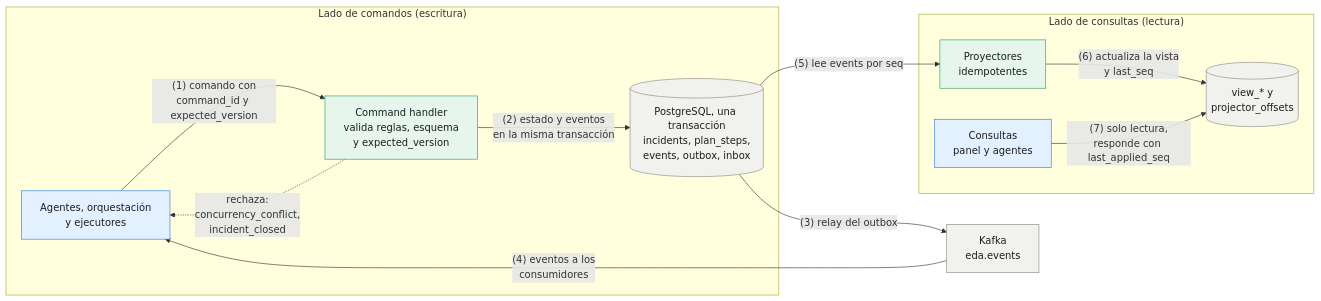
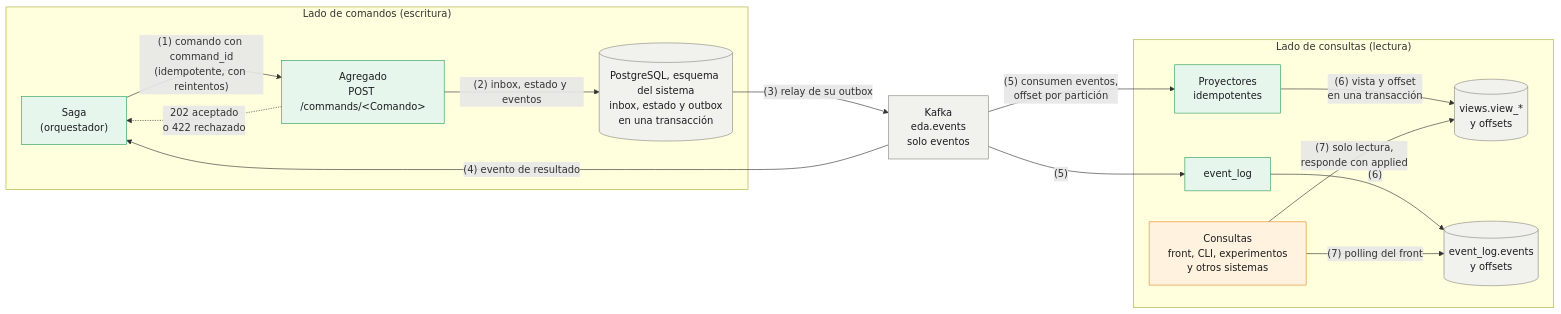
One commit to whinedo/eda-retail changed the fourth of 6 diagrams in docs/guia-poc-eda-incidencias.md. Above: the diagram before and after it, drawn with Mermaid. The commit also changed other lines of this file and 16 other files, not shown here.

````diff
--- a/docs/guia-poc-eda-incidencias.md
+++ b/docs/guia-poc-eda-incidencias.md
@@ -465,28 +544,33 @@
 ```mermaid
 flowchart LR
   subgraph CMD["Lado de comandos (escritura)"]
-    A["Agentes, orquestación<br/>y ejecutores"]
-    CH["Command handler<br/>valida reglas, esquema<br/>y expected_version"]
-    TX[("PostgreSQL, una transacción<br/>incidents, plan_steps,<br/>events, outbox, inbox")]
+    SG["Saga<br/>(orquestador)"]
+    AG["Agregado<br/>POST /commands/#lt;Comando#gt;"]
+    TX[("PostgreSQL, esquema del sistema<br/>inbox, estado y outbox<br/>en una transacción")]
   end
-  K["Kafka<br/>eda.events"]
+  K["Kafka<br/>eda.events<br/>solo eventos"]
   subgraph QRY["Lado de consultas (lectura)"]
     P["Proyectores<br/>idempotentes"]
-    V[("view_* y<br/>projector_offsets")]
-    Q["Consultas<br/>panel y agentes"]
+    V[("views.view_*<br/>y offsets")]
+    EL["event_log"]
+    EV[("event_log.events<br/>y offsets")]
+    Q["Consultas<br/>front, CLI, experimentos<br/>y otros sistemas"]
   end
-  A -- "(1) comando con<br/>command_id y expected_version" --> CH
-  CH -- "(2) estado y eventos<br/>en la misma transacción" --> TX
-  CH -. "rechaza:<br/>concurrency_conflict,<br/>incident_closed" .-> A
-  TX -- "(3) relay del outbox" --> K
-  K -- "(4) eventos a los<br/>consumidores" --> A
-  TX -- "(5) lee events por seq" --> P
-  P -- "(6) actualiza la vista<br/>y last_seq" --> V
-  Q -- "(7) solo lectura,<br/>responde con last_applied_seq" --> V
+  SG -- "(1) comando con command_id<br/>(idempotente, con reintentos)" --> AG
+  AG -- "(2) inbox, estado y eventos" --> TX
+  AG -. "202 aceptado<br/>o 422 rechazado" .-> SG
+  TX -- "(3) relay de su outbox" --> K
+  K -- "(4) evento de resultado" --> SG
+  K -- "(5) consumen eventos,<br/>offset por partición" --> P
+  K -- "(5)" --> EL
+  P -- "(6) vista y offset<br/>en una transacción" --> V
+  EL -- "(6)" --> EV
+  Q -- "(7) solo lectura,<br/>responde con applied" --> V
+  Q -- "(7) polling del front" --> EV
   classDef code fill:#E6F6EC,stroke:#2E9E5B,color:#1d1d1f
   classDef data fill:#F1F1EE,stroke:#8A8A80,color:#1d1d1f
-  classDef llm fill:#E3F0FF,stroke:#2B7DE0,color:#1d1d1f
-  class CH,P code
-  class TX,V,K data
-  class A,Q llm
+  classDef ext fill:#FFF3E0,stroke:#E08A2B,color:#1d1d1f
+  class SG,AG,P,EL code
+  class TX,V,K,EV data
+  class Q ext
 ```
````
